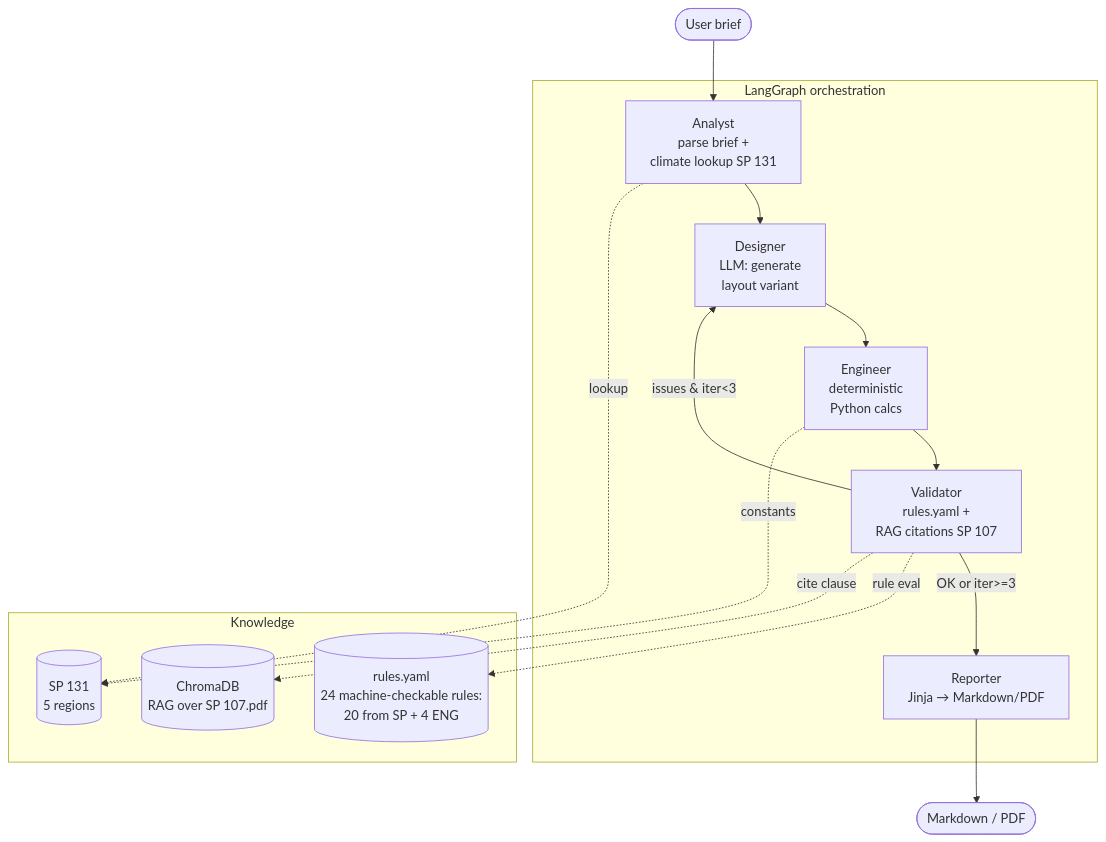
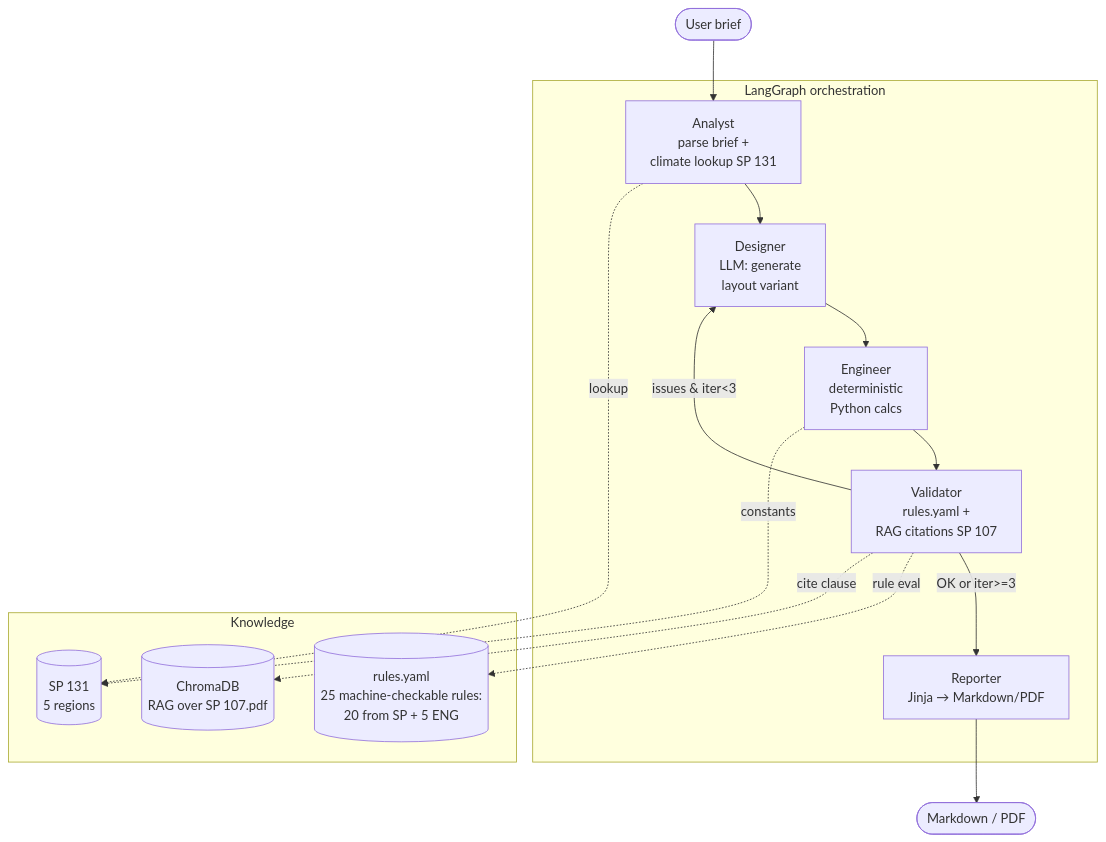
One commit to JukPelme/agro-greenhouse-designer changed the diagram in README.en.md. Above: the diagram before and after it, drawn with Mermaid. The commit also changed other lines of this file and 20 other files, not shown here.

````diff
--- a/README.en.md
+++ b/README.en.md
@@ -44,31 +44,31 @@
 ```mermaid
 flowchart TD
     Brief([User brief]) --> Analyst
 
     subgraph Graph[LangGraph orchestration]
         Analyst[Analyst<br/>parse brief +<br/>climate lookup SP 131]
         Designer[Designer<br/>LLM: generate<br/>layout variant]
         Engineer[Engineer<br/>deterministic<br/>Python calcs]
         Validator[Validator<br/>rules.yaml +<br/>RAG citations SP 107]
         Reporter[Reporter<br/>Jinja → Markdown/PDF]
 
         Analyst --> Designer
         Designer --> Engineer
         Engineer --> Validator
         Validator -- issues & iter<3 --> Designer
         Validator -- OK or iter>=3 --> Reporter
     end
 
     subgraph Knowledge
-        Rules[(rules.yaml<br/>24 machine-checkable rules:<br/>20 from SP + 4 ENG)]
+        Rules[(rules.yaml<br/>25 machine-checkable rules:<br/>20 from SP + 5 ENG)]
         Climate[(SP 131<br/>5 regions)]
         SPIndex[(ChromaDB<br/>RAG over SP 107.pdf)]
     end
 
     Analyst -.->|lookup| Climate
     Engineer -.->|constants| Climate
     Validator -.->|rule eval| Rules
     Validator -.->|cite clause| SPIndex
 
     Reporter --> Report([Markdown / PDF])
 ```
````
